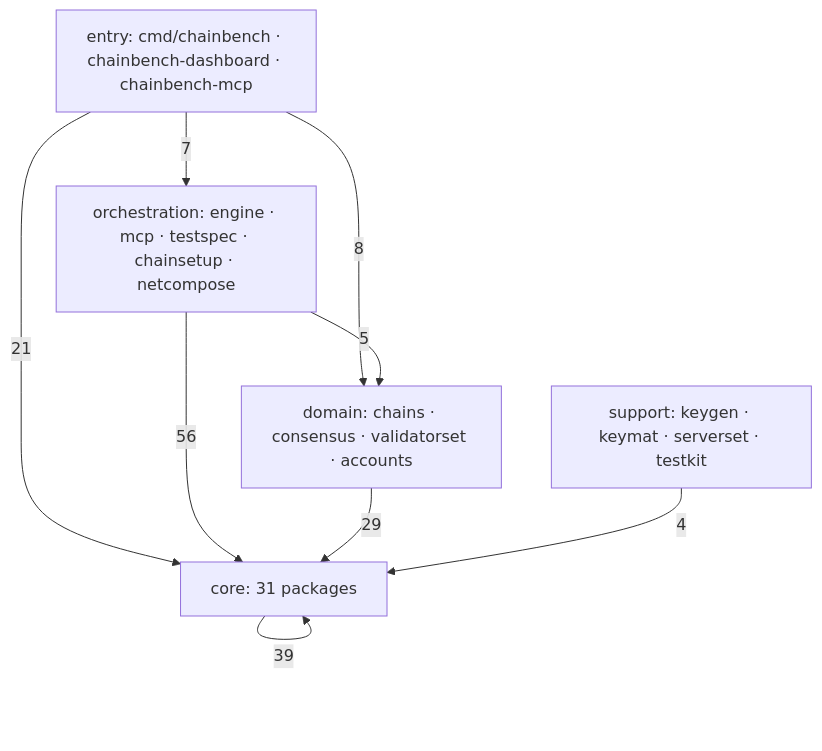
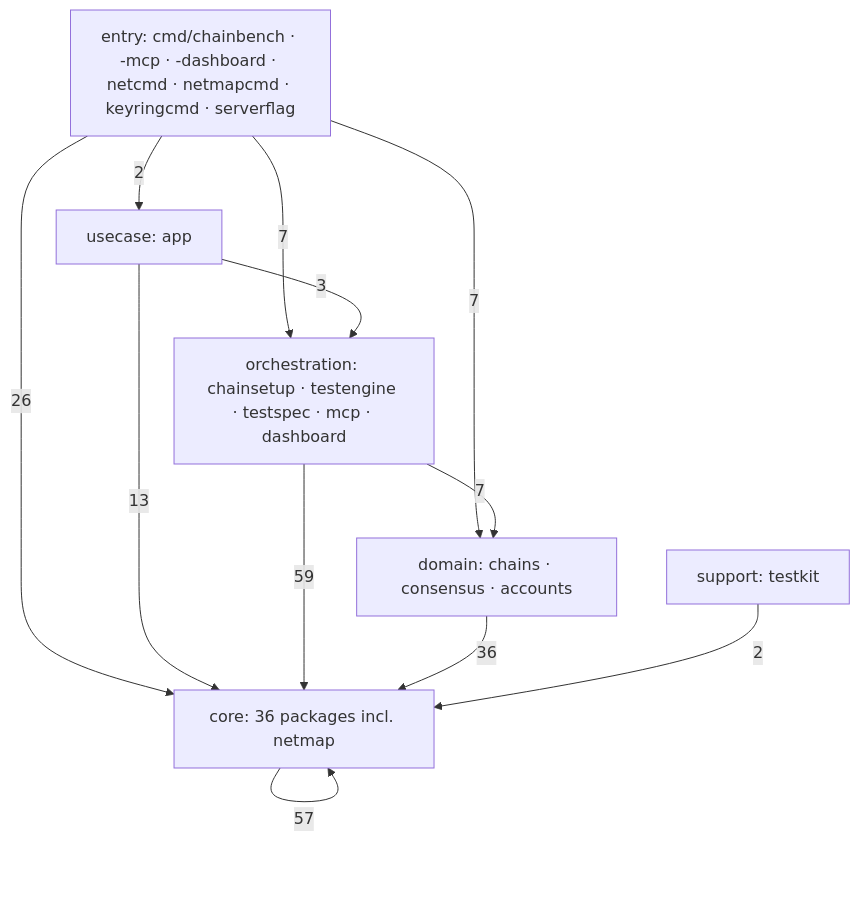
Before and after one commit to 0xmhha/chainbench: the first of 2 diagrams in docs/dev/architecture/code-graph.md, drawn with Mermaid. The commit also changed other lines of this file and 4 other files, not shown here.

First line of the commit message:
docs(architecture): plan the module split by what each module does (#300)

````diff
--- a/docs/dev/architecture/code-graph.md
+++ b/docs/dev/architecture/code-graph.md
@@ -34,16 +36,20 @@
 ```mermaid
 flowchart TD
-    entry[entry: cmd/chainbench · chainbench-dashboard · chainbench-mcp]
-    orch[orchestration: engine · mcp · testspec · chainsetup · netcompose]
-    domain[domain: chains · consensus · validatorset · accounts]
-    core[core: 31 packages]
-    support[support: keygen · keymat · serverset · testkit]
-    entry -->|21| core
-    entry -->|8| domain
+    entry[entry: cmd/chainbench · -mcp · -dashboard · netcmd · netmapcmd · keyringcmd · serverflag]
+    usecase[usecase: app]
+    orch[orchestration: chainsetup · testengine · testspec · mcp · dashboard]
+    domain[domain: chains · consensus · accounts]
+    core[core: 36 packages incl. netmap]
+    support[support: testkit]
+    entry -->|26| core
     entry -->|7| orch
-    orch -->|56| core
-    orch -->|5| domain
-    domain -->|29| core
-    core -->|39| core
-    support -->|4| core
+    entry -->|7| domain
+    entry -->|2| usecase
+    usecase -->|13| core
+    usecase -->|3| orch
+    orch -->|59| core
+    orch -->|7| domain
+    domain -->|36| core
+    core -->|57| core
+    support -->|2| core
 ```
````
